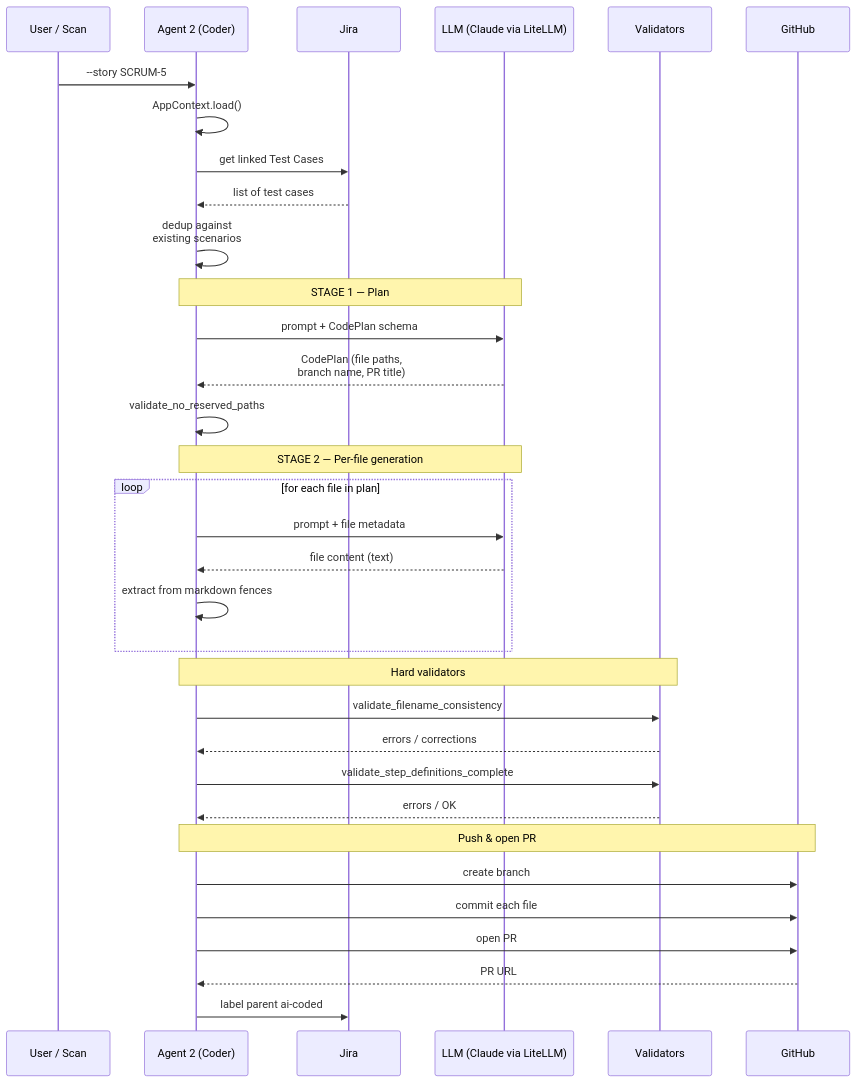
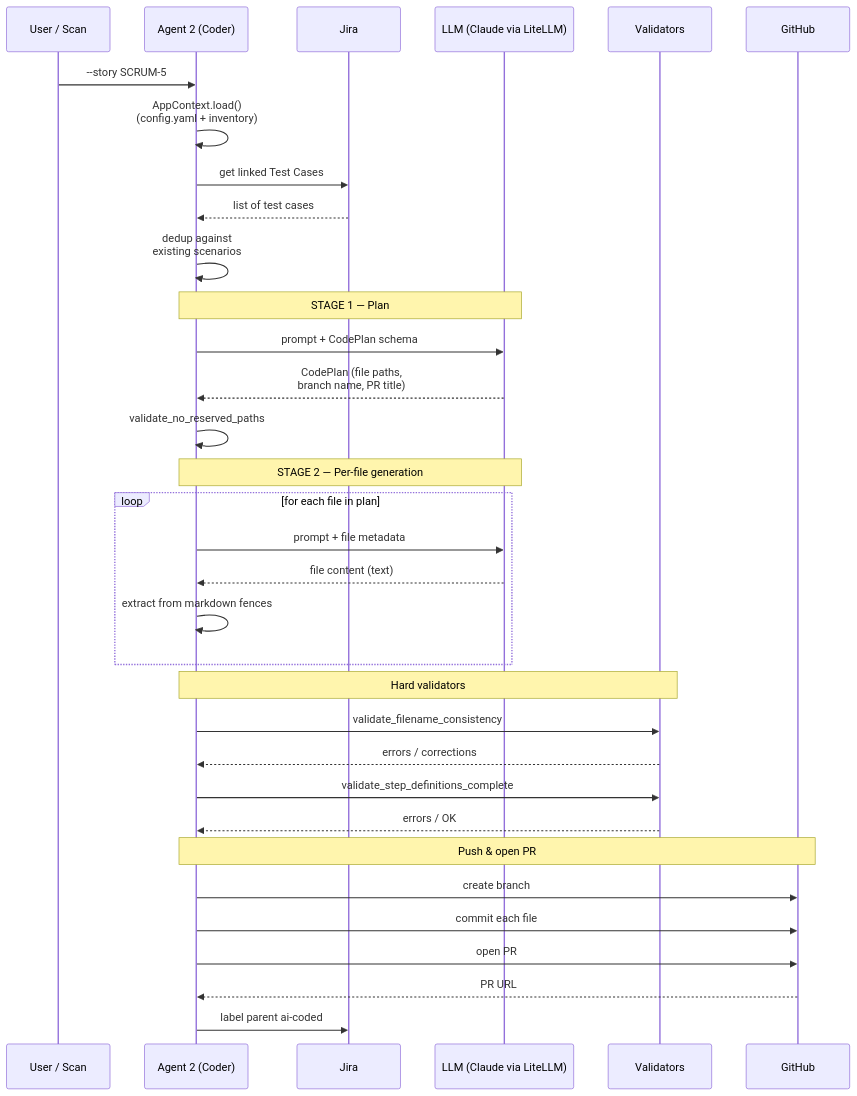
One commit to rajiniottesting-coder/multi-agent-test-automation changed the fourth of 5 diagrams in docs/GUIDE.md. Above: the diagram before and after it, drawn with Mermaid. The commit also changed other lines of this file and 4 other files, not shown here.

````diff
--- a/docs/GUIDE.md
+++ b/docs/GUIDE.md
@@ -1096,40 +1120,40 @@
 ```mermaid
 sequenceDiagram
     participant U as User / Scan
     participant A2 as Agent 2 (Coder)
     participant J as Jira
     participant L as LLM (Claude via LiteLLM)
     participant V as Validators
     participant G as GitHub
 
     U->>A2: --story SCRUM-5
-    A2->>A2: AppContext.load()
+    A2->>A2: AppContext.load()<br/>(config.yaml + inventory)
     A2->>J: get linked Test Cases
     J-->>A2: list of test cases
     A2->>A2: dedup against<br/>existing scenarios
 
     Note over A2,L: STAGE 1 — Plan
     A2->>L: prompt + CodePlan schema
     L-->>A2: CodePlan (file paths,<br/>branch name, PR title)
     A2->>A2: validate_no_reserved_paths
 
     Note over A2,L: STAGE 2 — Per-file generation
     loop for each file in plan
         A2->>L: prompt + file metadata
         L-->>A2: file content (text)
         A2->>A2: extract from markdown fences
     end
 
     Note over A2,V: Hard validators
     A2->>V: validate_filename_consistency
     V-->>A2: errors / corrections
     A2->>V: validate_step_definitions_complete
     V-->>A2: errors / OK
 
     Note over A2,G: Push & open PR
     A2->>G: create branch
     A2->>G: commit each file
     A2->>G: open PR
     G-->>A2: PR URL
     A2->>J: label parent ai-coded
 ```
````
